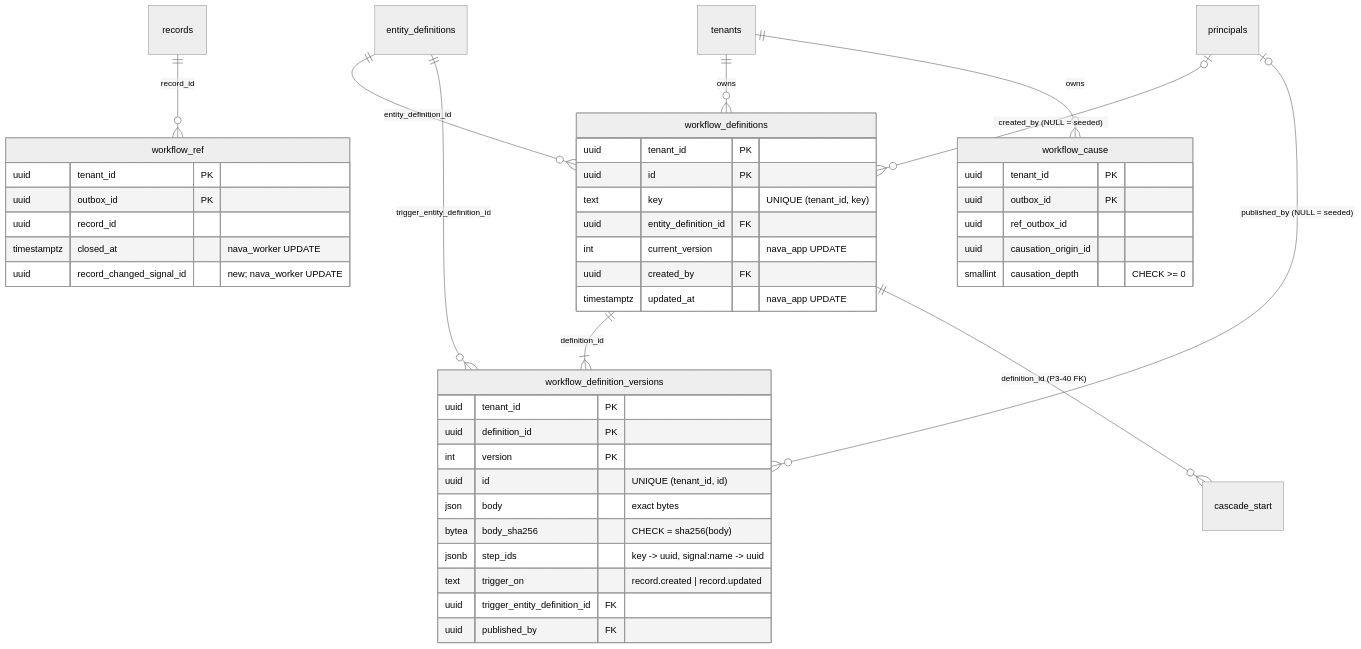
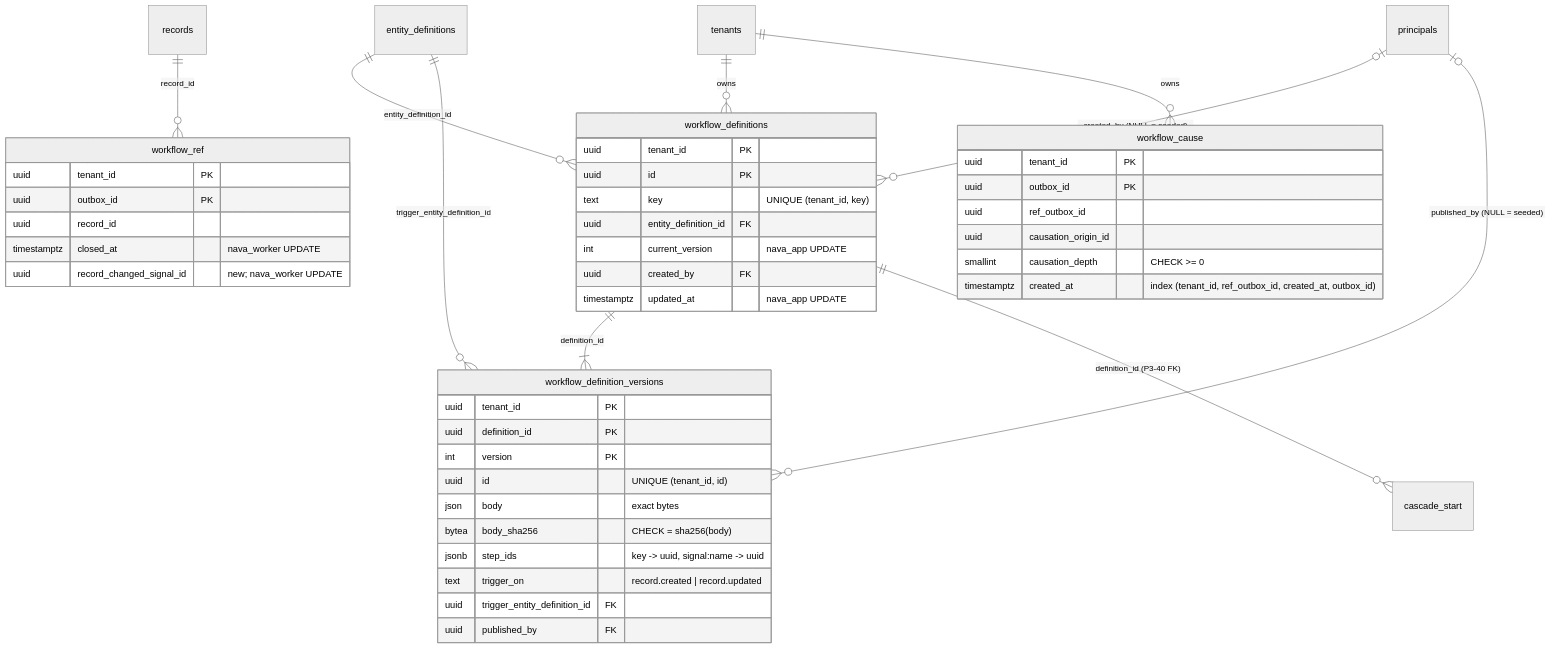
Before and after one commit to Navaladi2019/TicketingSystem: the diagram in docs/data/workflow-definitions.md, drawn with Mermaid (neutral theme). The commit also changed other lines of this file and 5 other files, not shown here.

````diff
--- a/docs/data/workflow-definitions.md
+++ b/docs/data/workflow-definitions.md
@@ -9,48 +9,49 @@
 ```mermaid
 erDiagram
     tenants ||--o{ workflow_definitions : owns
     entity_definitions ||--o{ workflow_definitions : "entity_definition_id"
     principals |o--o{ workflow_definitions : "created_by (NULL = seeded)"
     workflow_definitions ||--|{ workflow_definition_versions : "definition_id"
     entity_definitions ||--o{ workflow_definition_versions : "trigger_entity_definition_id"
     principals |o--o{ workflow_definition_versions : "published_by (NULL = seeded)"
     workflow_definitions ||--o{ cascade_start : "definition_id (P3-40 FK)"
     records ||--o{ workflow_ref : "record_id"
     tenants ||--o{ workflow_cause : owns
 
     workflow_definitions {
         uuid tenant_id PK
         uuid id PK
         text key "UNIQUE (tenant_id, key)"
         uuid entity_definition_id FK
         int current_version "nava_app UPDATE"
         uuid created_by FK
         timestamptz updated_at "nava_app UPDATE"
     }
     workflow_definition_versions {
         uuid tenant_id PK
         uuid definition_id PK
         int version PK
         uuid id "UNIQUE (tenant_id, id)"
         json body "exact bytes"
         bytea body_sha256 "CHECK = sha256(body)"
         jsonb step_ids "key -> uuid, signal:name -> uuid"
         text trigger_on "record.created | record.updated"
         uuid trigger_entity_definition_id FK
         uuid published_by FK
     }
     workflow_cause {
         uuid tenant_id PK
         uuid outbox_id PK
         uuid ref_outbox_id
         uuid causation_origin_id
         smallint causation_depth "CHECK >= 0"
+        timestamptz created_at "index (tenant_id, ref_outbox_id, created_at, outbox_id)"
     }
     workflow_ref {
         uuid tenant_id PK
         uuid outbox_id PK
         uuid record_id
         timestamptz closed_at "nava_worker UPDATE"
         uuid record_changed_signal_id "new; nava_worker UPDATE"
     }
 ```
````
